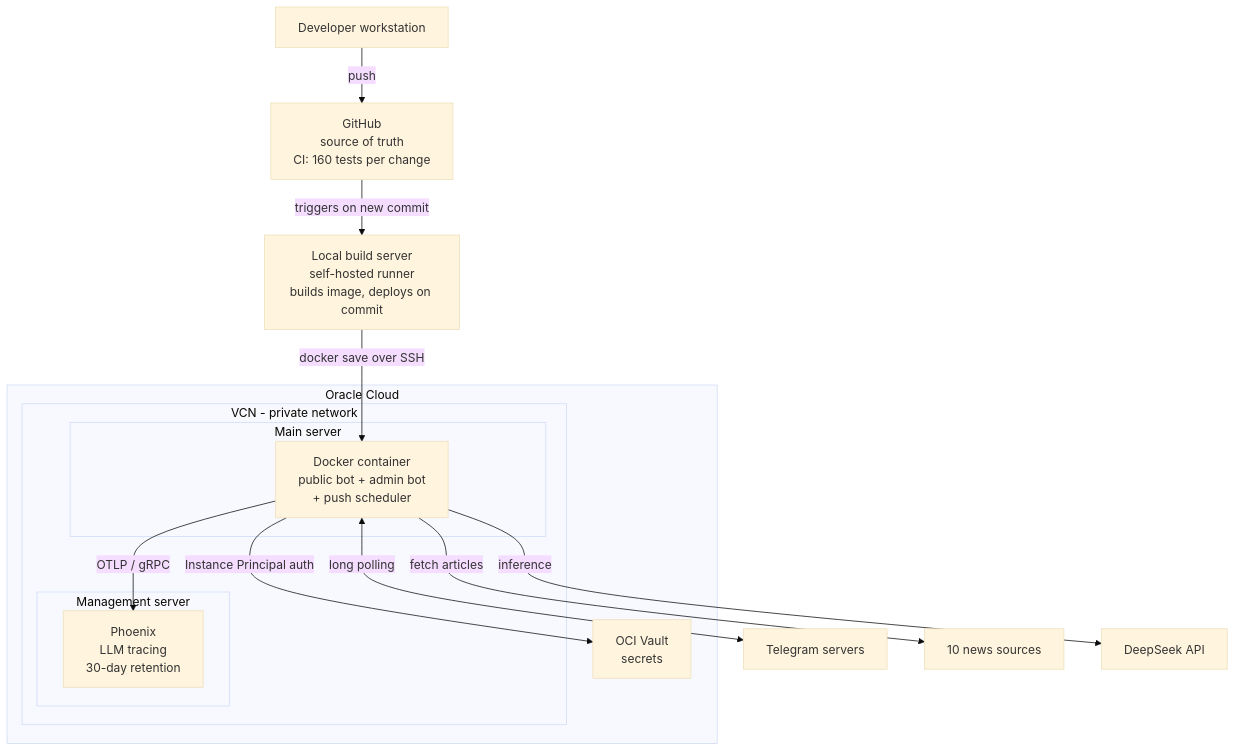
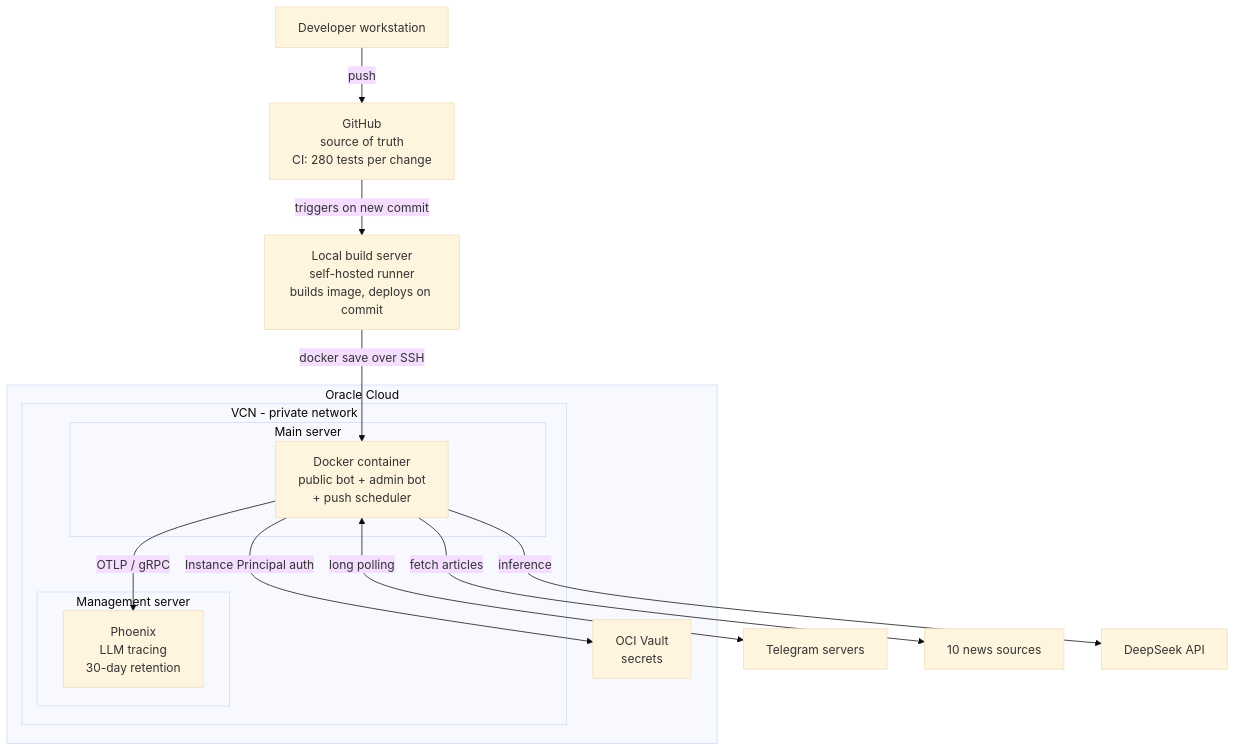
One commit to nankma/argus changed the first of 6 diagrams in docs/current/system-overview.md. Above: the diagram before and after it, drawn with Mermaid (base theme). The commit also changed other lines of this file, not shown here.

````diff
--- a/docs/current/system-overview.md
+++ b/docs/current/system-overview.md
@@ -129,30 +129,30 @@
 ```mermaid
 flowchart TB
     DEV["Developer workstation"]
-    GH["GitHub<br/>source of truth<br/>CI: 160 tests per change"]
+    GH["GitHub<br/>source of truth<br/>CI: 280 tests per change"]
     BUILD["Local build server<br/>self-hosted runner<br/>builds image, deploys on commit"]
     TG["Telegram servers"]
     EXT["10 news sources"]
     LLM["DeepSeek API"]
 
     subgraph OCI["Oracle Cloud"]
         V["OCI Vault<br/>secrets"]
         subgraph VCN["VCN - private network"]
             subgraph BotVM["Main server"]
                 C["Docker container<br/>public bot + admin bot<br/>+ push scheduler"]
             end
             subgraph PhxVM["Management server"]
                 P["Phoenix<br/>LLM tracing<br/>30-day retention"]
             end
             C -->|OTLP / gRPC| P
         end
     end
 
     DEV -->|push| GH
     GH -->|triggers on new commit| BUILD
     BUILD -->|"docker save over SSH"| C
     C <-->|long polling| TG
     C -->|Instance Principal auth| V
     C -->|fetch articles| EXT
     C -->|inference| LLM
 ```
````
